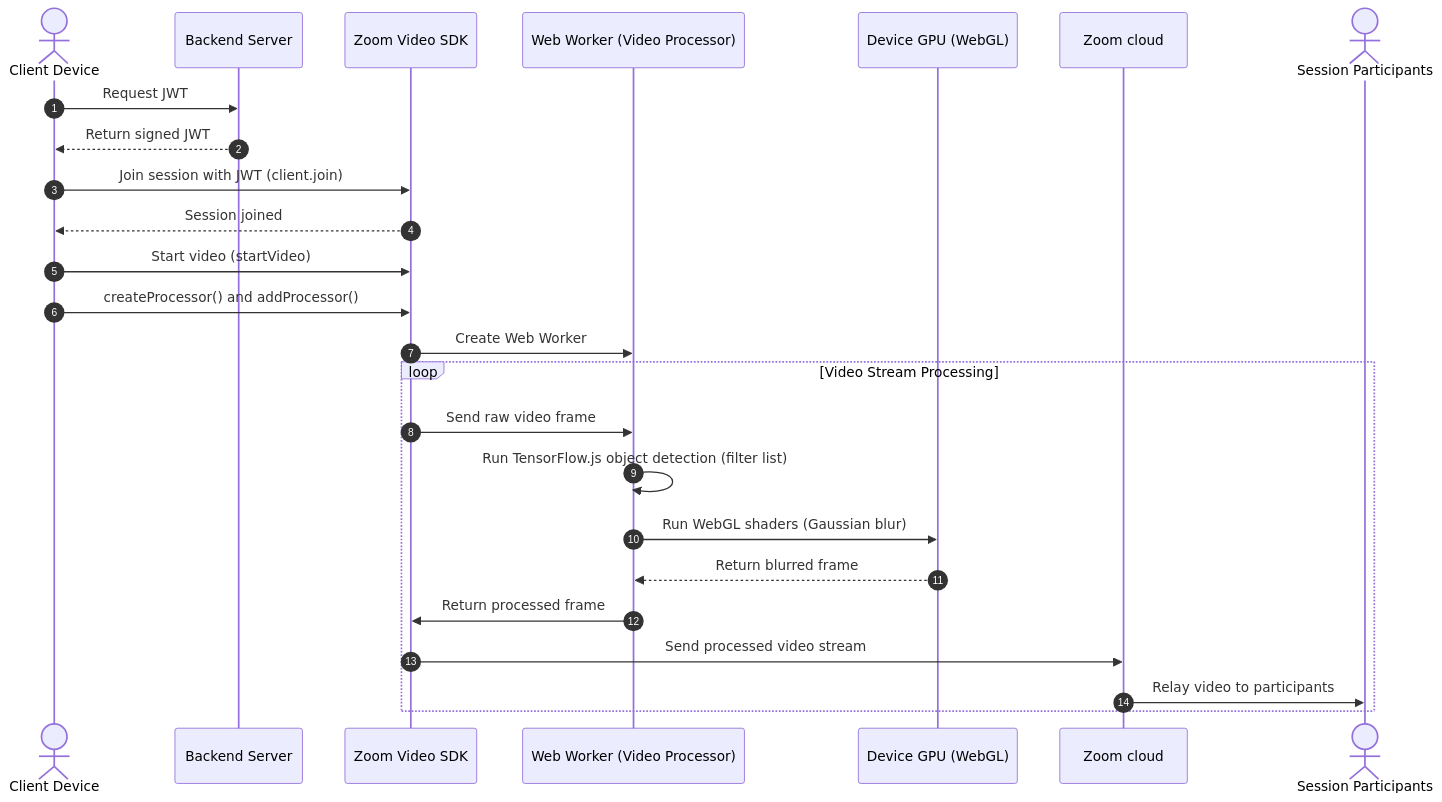
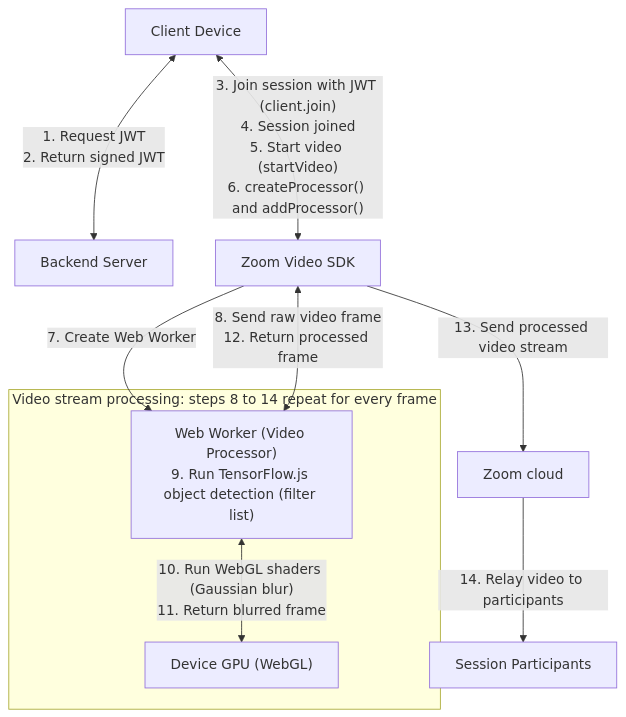
One commit to zoom/blueprints changed the first of 2 diagrams in blueprints/content-moderation-and-detection/index.md. Above: the diagram before and after it, drawn with Mermaid. The commit also changed other lines of this file and 2 other files, not shown here.

Commit message:
Fit the three sequence diagrams into the content column
A sequence diagram takes about 200px per participant, so these three
rendered 1235 to 2145px wide and were scaled down until unreadable.

- content-moderation-and-detection: both diagrams (seven and six
  participants) become top-to-bottom flowcharts. Every numbered step and
  participant is kept; the per-frame loop is a labelled group.
- migrate-bot-to-rtms: the start-flow diagram stays a sequence diagram
  with narrower columns set in a config block.
- STYLE_GUIDE.md: correct the sequence diagram limit and add the rule
  for merging edges between the same two boxes.

````diff
--- a/blueprints/content-moderation-and-detection/index.md
+++ b/blueprints/content-moderation-and-detection/index.md
@@ -55,28 +55,14 @@
 ```mermaid
-sequenceDiagram
-    autonumber
-    actor User as Client Device
-    participant Backend as Backend Server
-    participant SDK as Zoom Video SDK
-    participant Worker as Web Worker (Video Processor)
-    participant GPU as Device GPU (WebGL)
-    participant MMR as Zoom cloud
-    actor Peers as Session Participants
-
-    User->>Backend: Request JWT
-    Backend-->>User: Return signed JWT
-    User->>SDK: Join session with JWT (client.join)
-    SDK-->>User: Session joined
-    User->>SDK: Start video (startVideo)
-    User->>SDK: createProcessor() and addProcessor()
-    SDK->>Worker: Create Web Worker
-    loop Video Stream Processing
-        SDK->>Worker: Send raw video frame
-        Worker->>Worker: Run TensorFlow.js object detection (filter list)
-        Worker->>GPU: Run WebGL shaders (Gaussian blur)
-        GPU-->>Worker: Return blurred frame
-        Worker->>SDK: Return processed frame
-        SDK->>MMR: Send processed video stream
-        MMR->>Peers: Relay video to participants
+flowchart TB
+    User[Client Device] <-->|"1. Request JWT<br/>2. Return signed JWT"| Backend[Backend Server]
+    User <-->|"3. Join session with JWT (client.join)<br/>4. Session joined<br/>5. Start video (startVideo)<br/>6. createProcessor() and addProcessor()"| SDK[Zoom Video SDK]
+    SDK -->|7. Create Web Worker| Worker
+    subgraph Loop[Video stream processing: steps 8 to 14 repeat for every frame]
+        Worker["Web Worker (Video Processor)<br/>9. Run TensorFlow.js object detection (filter list)"]
+        GPU["Device GPU (WebGL)"]
+        Worker <-->|"10. Run WebGL shaders (Gaussian blur)<br/>11. Return blurred frame"| GPU
     end
+    SDK <-->|"8. Send raw video frame<br/>12. Return processed frame"| Worker
+    SDK -->|13. Send processed video stream| MMR[Zoom cloud]
+    MMR -->|14. Relay video to participants| Peers[Session Participants]
 ```
````
